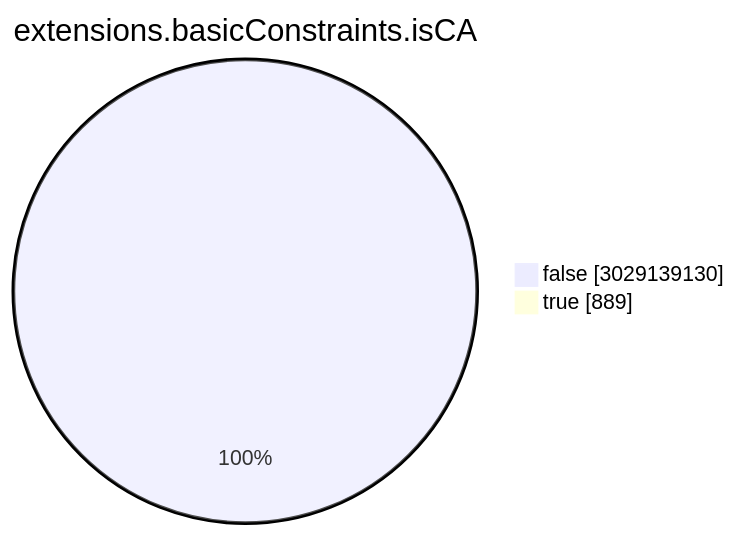
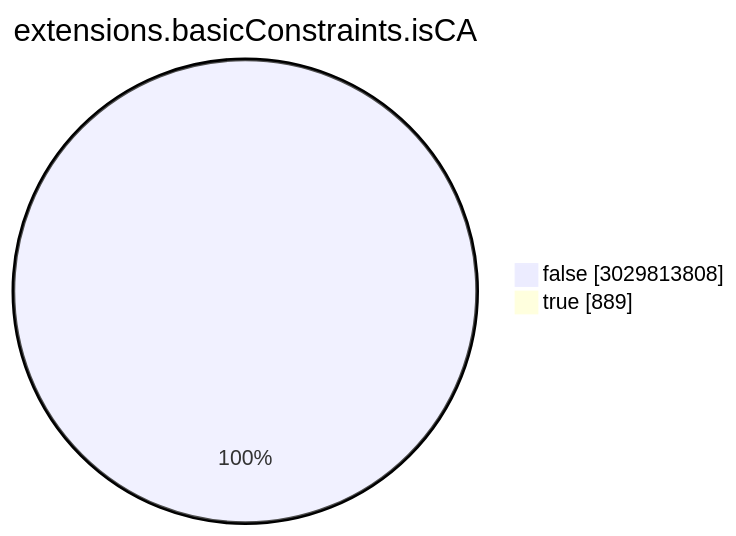
One commit to christiankrug/ctmonitor_visualization changed the seventh of 15 diagrams in TOTAL/README.md. Above: the diagram before and after it, drawn with Mermaid. The commit also changed other lines of this file, not shown here.

````diff
--- a/TOTAL/README.md
+++ b/TOTAL/README.md
@@ -3086,6 +3086,6 @@
 ```mermaid
 pie showData
 title extensions.basicConstraints.isCA
-"false" :3029139130
+"false" :3029813808
 "true" :889
 ```
````
